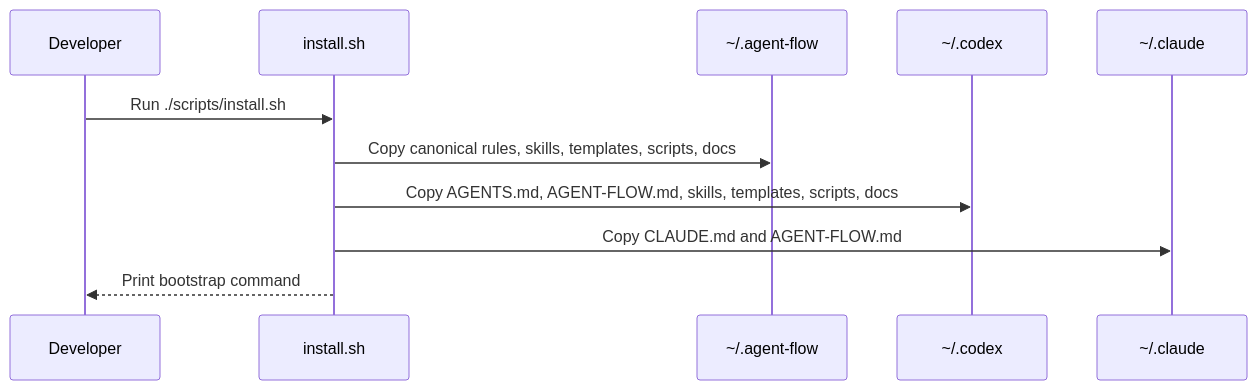
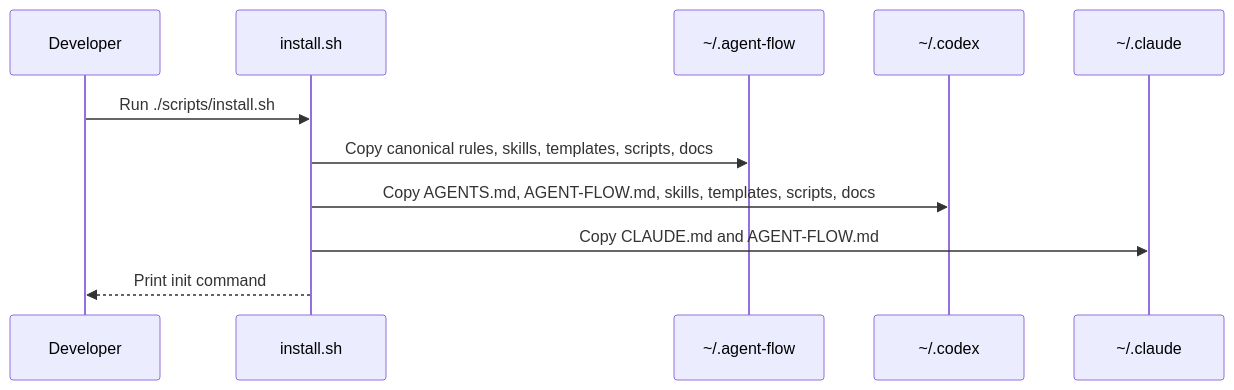
Before and after one commit to miketaheny/codex-setup: the second of 5 diagrams in docs/ARCHITECTURE.md, drawn with Mermaid. The commit also changed other lines of this file and 38 other files, not shown here.

Commit message:
feat: add agent-flow lifecycle enforcement

````diff
--- a/docs/ARCHITECTURE.md
+++ b/docs/ARCHITECTURE.md
@@ -45,14 +48,14 @@
 ```mermaid
 sequenceDiagram
     participant Dev as Developer
     participant Install as install.sh
     participant AF as ~/.agent-flow
     participant Codex as ~/.codex
     participant Claude as ~/.claude
 
     Dev->>Install: Run ./scripts/install.sh
     Install->>AF: Copy canonical rules, skills, templates, scripts, docs
     Install->>Codex: Copy AGENTS.md, AGENT-FLOW.md, skills, templates, scripts, docs
     Install->>Claude: Copy CLAUDE.md and AGENT-FLOW.md
-    Install-->>Dev: Print bootstrap command
+    Install-->>Dev: Print init command
 ```
````
